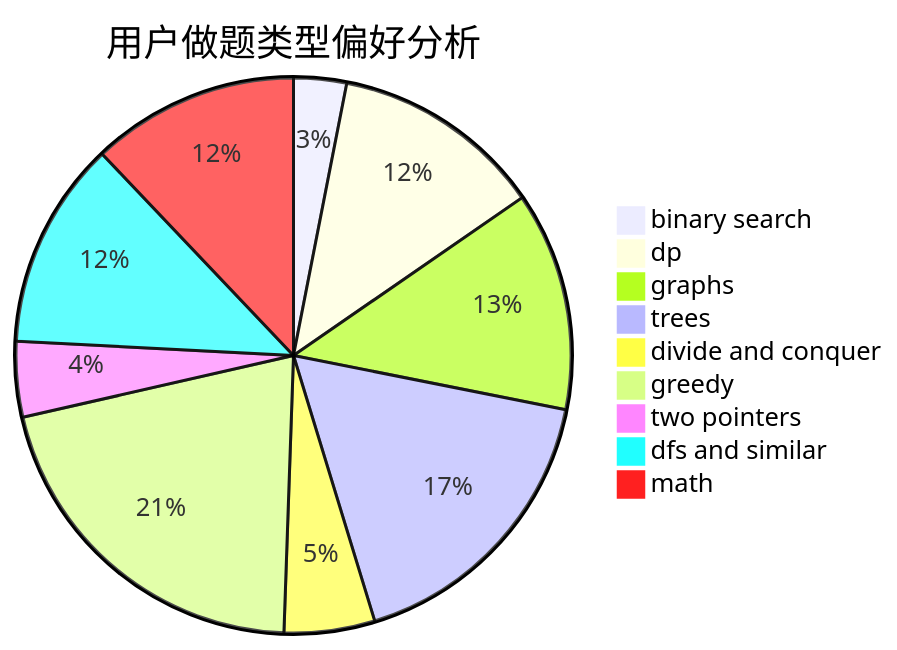
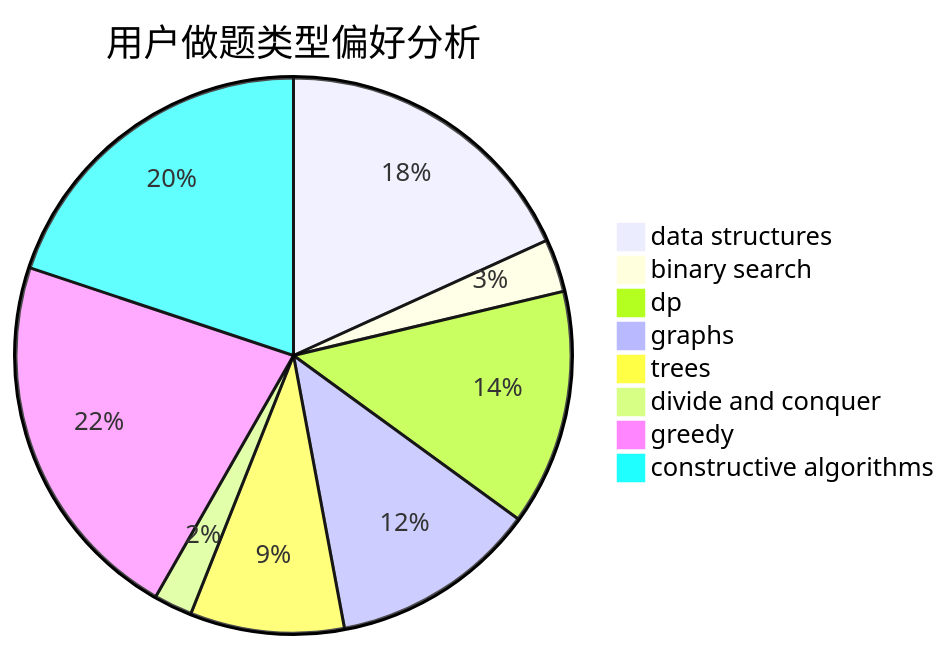
The second of 3 diagrams in docs/user/u2291.md (sherpahu/cfrs.github.io), drawn with Mermaid before and after one commit. The commit also changed other lines of this file and 2775 other files, not shown here.

````diff
--- a/docs/user/u2291.md
+++ b/docs/user/u2291.md
@@ -23,12 +23,11 @@
 ```mermaid
 pie title 用户做题类型偏好分析
-    "binary search" :  14
-    "dp" :  56
-    "graphs" :  58
-    "trees" :  78
-    "divide and conquer" :  24
-    "greedy" :  95
-    "two pointers" :  20
-    "dfs and similar" :  55
-    "math" :  55
+    "data structures" :  65
+    "binary search" :  11
+    "dp" :  49
+    "graphs" :  43
+    "trees" :  32
+    "divide and conquer" :  8
+    "greedy" :  78
+    "constructive algorithms" :  71
 ```
````
